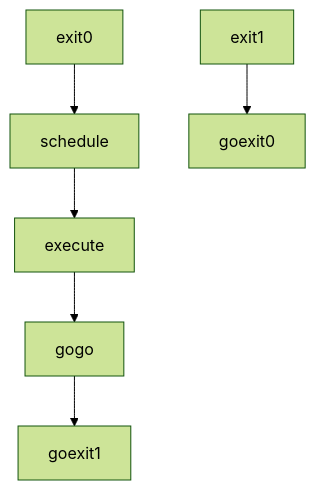
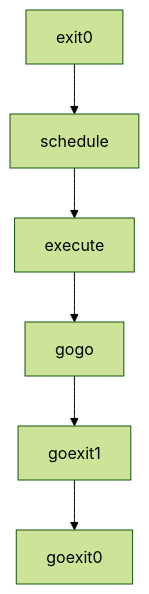
Before and after one commit to cch123/golang-notes: the ninth of 10 diagrams in scheduler.md, drawn with Mermaid (forest theme).

````diff
--- a/scheduler.md
+++ b/scheduler.md
@@ -1180,8 +1180,8 @@
 ```mermaid
 graph TD
 schedule --> execute
 execute --> gogo
 gogo --> goexit1
-exit1 --> goexit0
+goexit1 --> goexit0
 exit0 --> schedule
 ```
````
